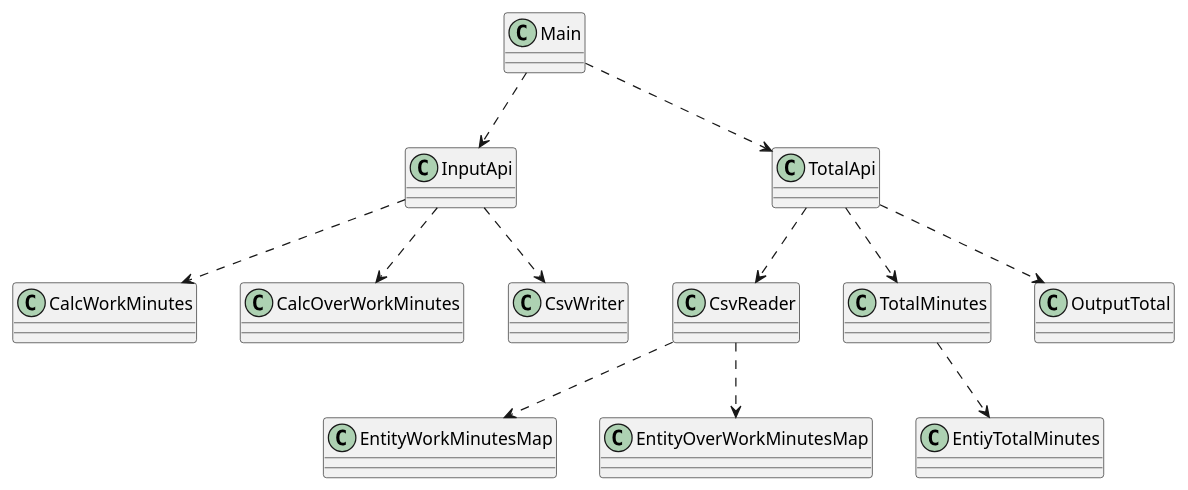
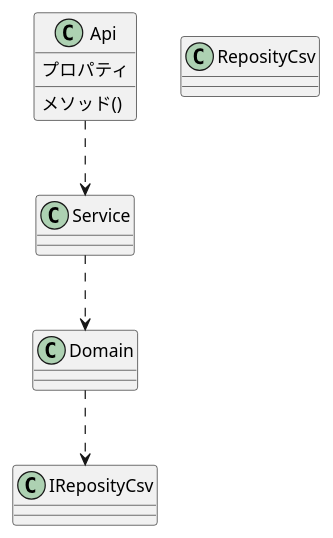
One commit to biglobe-isp/kintai changed the diagram in kintai.pu. Above: the diagram before and after it, drawn with PlantUML. The commit also changed 7 other files, not shown here.

```diff
--- a/kintai.pu
+++ b/kintai.pu
@@ -1,57 +1,35 @@
 @startuml
 'コメントアウト
 
-class Main {
+class Api {
+プロパティ
+メソッド()
+}
+
+
+class  Service {
 
 }
 
-class InputApi {
+class Domain {
 
 }
 
-class TotalApi {
+class IReposityCsv {
 
 }
 
 
-class CalcWorkMinutes {
+class ReposityCsv {
 
-
-}
+} 
 
 
 
-class CalcOverWorkMinutes {
-
-
-}
-
-class CsvWriter {
-
-
-}
-
-
-class CsvReader {
+Api ..> Service
+Service ..> Domain
+Domain ..> IReposityCsv
 
 
 
-}
-
-
-
-Main ..> InputApi
-Main ..> TotalApi
-
-InputApi ..> CalcWorkMinutes
-InputApi ..> CalcOverWorkMinutes
-InputApi ..> CsvWriter
-
-TotalApi ..> CsvReader
-CsvReader ..> EntityWorkMinutesMap
-CsvReader ..> EntityOverWorkMinutesMap
-TotalApi ..> TotalMinutes
-TotalMinutes ..> EntiyTotalMinutes
-TotalApi ..> OutputTotal
-
 @enduml
```
